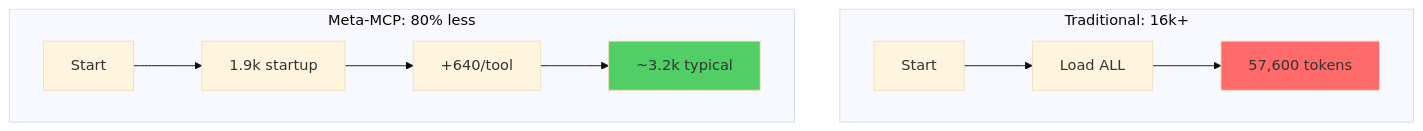
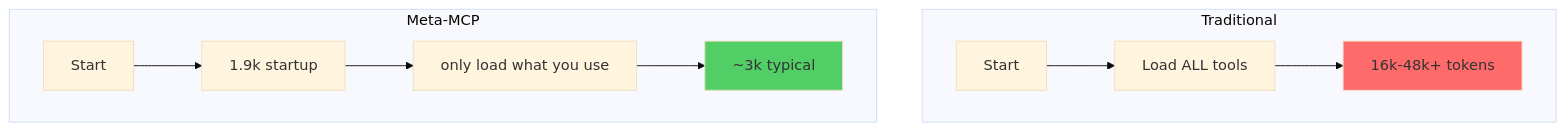
One commit to blueman82/mcp-exec changed the first of 2 diagrams in projects/meta-mcp-server/docs/diagrams/token-economics.md. Above: the diagram before and after it, drawn with Mermaid (base theme). The commit also changed other lines of this file, not shown here.

````diff
--- a/projects/meta-mcp-server/docs/diagrams/token-economics.md
+++ b/projects/meta-mcp-server/docs/diagrams/token-economics.md
@@ -5,16 +5,16 @@
 ```mermaid
 flowchart TB
-  subgraph Traditional["Traditional: 16k+"]
-    T1[Start] --> T2[Load ALL]
-    T2 --> T3["57,600 tokens"]
+  subgraph Traditional["Traditional"]
+    T1[Start] --> T2[Load ALL tools]
+    T2 --> T3["16k-48k+ tokens"]
   end
 
-  subgraph Meta["Meta-MCP: 80% less"]
+  subgraph Meta["Meta-MCP"]
     M1[Start] --> M2["1.9k startup"]
-    M2 --> M3["+640/tool"]
-    M3 --> M4["~3.2k typical"]
+    M2 --> M3["only load what you use"]
+    M3 --> M4["~3k typical"]
   end
 
   style T3 fill:#ff6b6b
   style M4 fill:#51cf66
 ```
````
